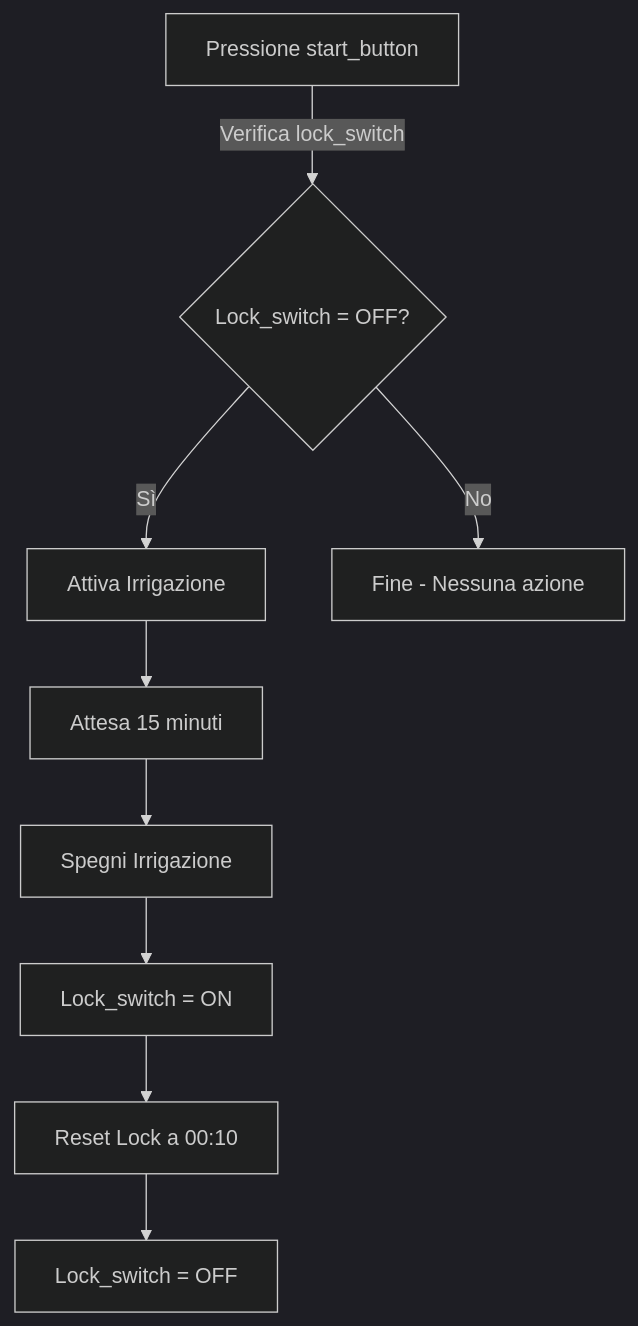
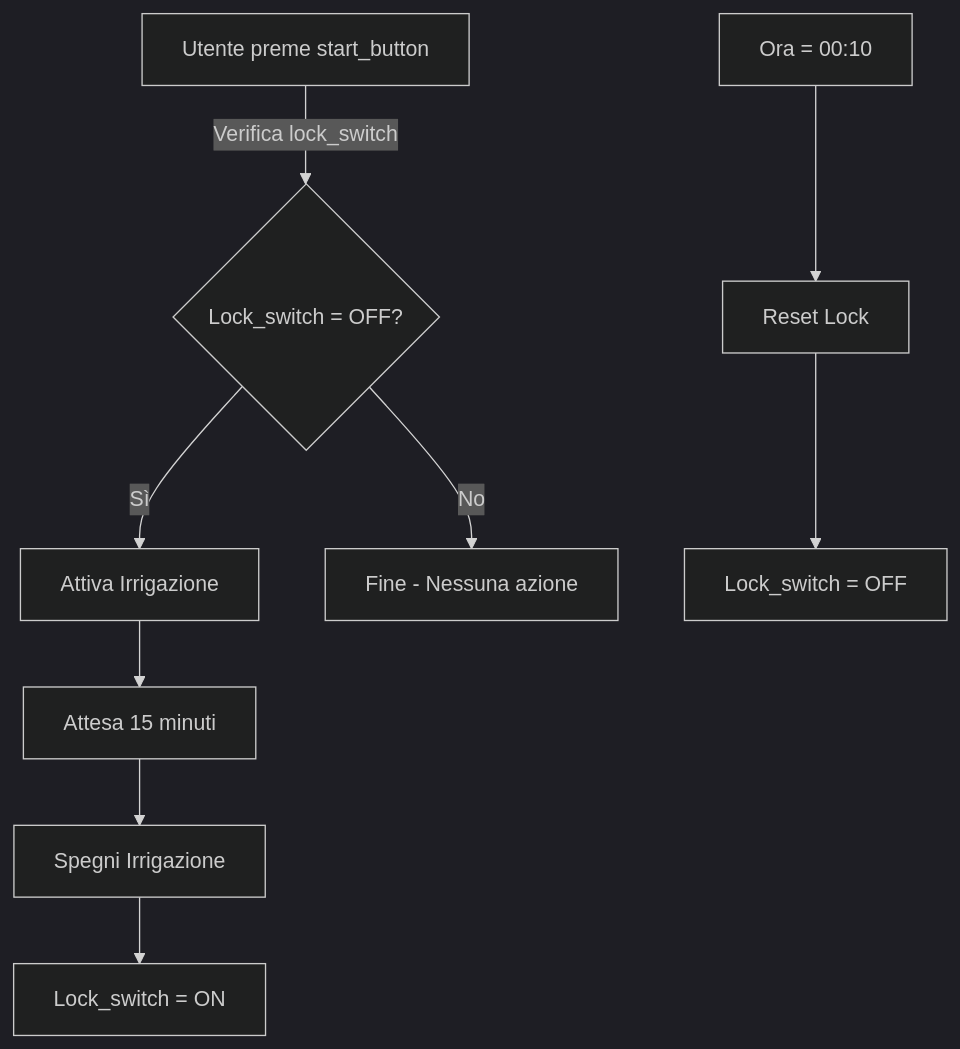
The first of 2 diagrams in patterns/single run.md (msillano/IoTwebUI), drawn with Mermaid (dark theme) before and after one commit. The commit also changed other lines of this file, not shown here.

````diff
--- a/patterns/single run.md
+++ b/patterns/single run.md
@@ -132,11 +45,11 @@
 ```mermaid
 graph TD;
-    A[Pressione start_button] -->|Verifica lock_switch| B{Lock_switch = OFF?};
+    Start[Utente preme start_button] -->|Verifica lock_switch| B{Lock_switch = OFF?};
     B -- Sì --> C[Attiva Irrigazione];
     C --> D[Attesa 15 minuti];
     D --> E[Spegni Irrigazione];
     E --> F[Lock_switch = ON];
-    F --> G[Reset Lock a 00:10];
-    G --> H[Lock_switch = OFF];
-    B -- No --> I[Fine - Nessuna azione]
+    B -- No --> I[Fine - Nessuna azione];
+    X[Ora = 00:10] --> Y[Reset Lock];
+    Y --> Z[Lock_switch = OFF]
 ```
````
